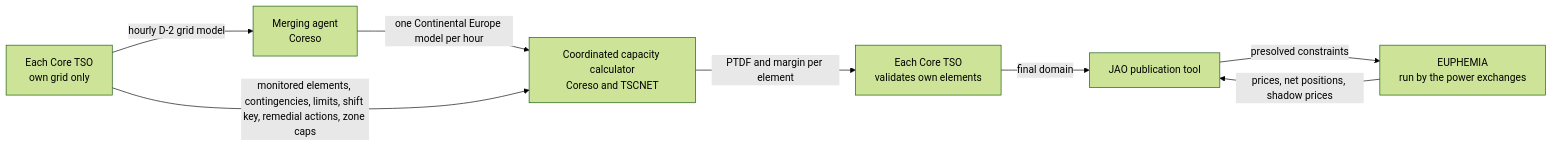
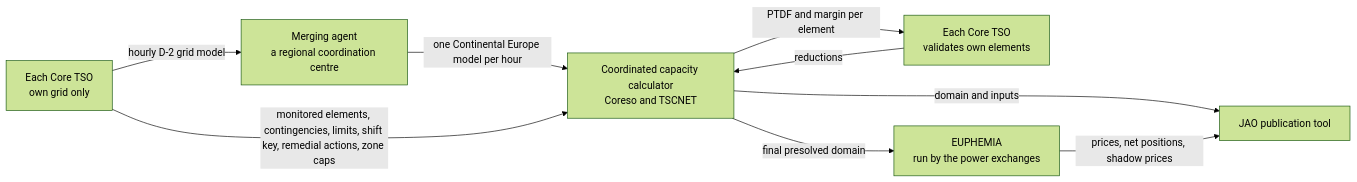
The diagram in wiki/core-capacity-calculation.md (zoltanmaric/coppersushi), drawn with Mermaid (forest theme) before and after one commit. The commit also changed other lines of this file and 7 other files, not shown here.

````diff
--- a/wiki/core-capacity-calculation.md
+++ b/wiki/core-capacity-calculation.md
@@ -9,16 +9,17 @@
 ```mermaid
 flowchart LR
     TSO["Each Core TSO<br>own grid only"]
-    MA["Merging agent<br>Coreso"]
+    MA["Merging agent<br>a regional coordination centre"]
     CCC["Coordinated capacity calculator<br>Coreso and TSCNET"]
     VAL["Each Core TSO<br>validates own elements"]
     JAO["JAO publication tool"]
     EUP["EUPHEMIA<br>run by the power exchanges"]
     TSO -- "hourly D-2 grid model" --> MA
     MA -- "one Continental Europe model per hour" --> CCC
     TSO -- "monitored elements, contingencies, limits, shift key, remedial actions, zone caps" --> CCC
     CCC -- "PTDF and margin per element" --> VAL
-    VAL -- "final domain" --> JAO
-    JAO -- "presolved constraints" --> EUP
+    VAL -- "reductions" --> CCC
+    CCC -- "final presolved domain" --> EUP
+    CCC -- "domain and inputs" --> JAO
     EUP -- "prices, net positions, shadow prices" --> JAO
 ```
````
